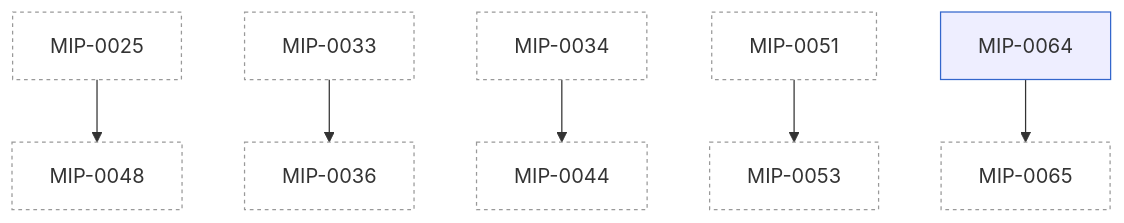
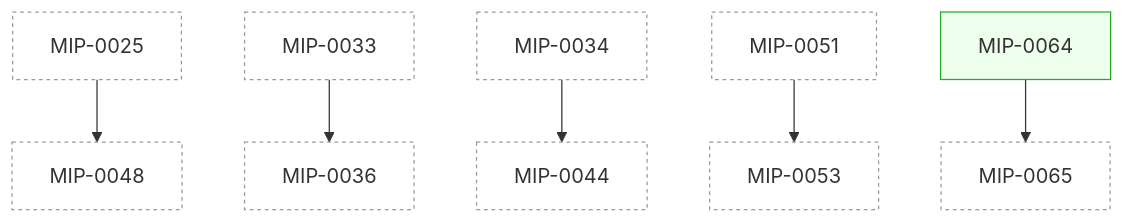
The diagram in docs/MIPs/README.md (h0ffmann/marola), drawn with Mermaid before and after one commit. The commit also changed other lines of this file and 7 other files, not shown here.

````diff
--- a/docs/MIPs/README.md
+++ b/docs/MIPs/README.md
@@ -87,22 +87,22 @@
 ```mermaid
 flowchart TD
   classDef draft fill:#fff,stroke:#999,stroke-dasharray:3 3;
   classDef accepted fill:#eef,stroke:#36c;
   classDef implemented fill:#efe,stroke:#2a2;
   classDef rejected fill:#f8f8f8,stroke:#bbb,color:#999;
   M0025["MIP-0025"]:::draft
   M0033["MIP-0033"]:::draft
   M0034["MIP-0034"]:::draft
   M0036["MIP-0036"]:::draft
   M0044["MIP-0044"]:::draft
   M0048["MIP-0048"]:::draft
   M0051["MIP-0051"]:::draft
   M0053["MIP-0053"]:::draft
-  M0064["MIP-0064"]:::accepted
+  M0064["MIP-0064"]:::implemented
   M0065["MIP-0065"]:::draft
   M0025 --> M0048
   M0033 --> M0036
   M0034 --> M0044
   M0051 --> M0053
   M0064 --> M0065
 ```
````
